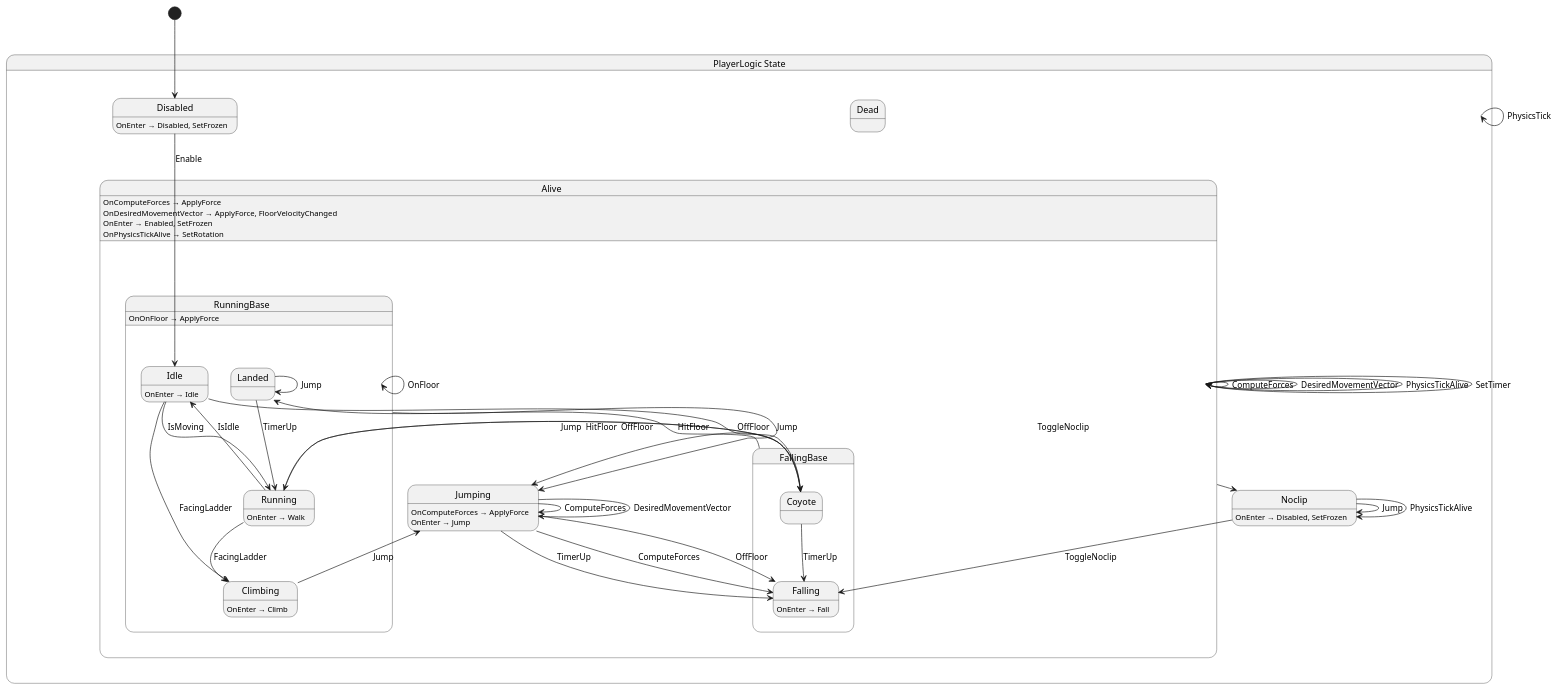
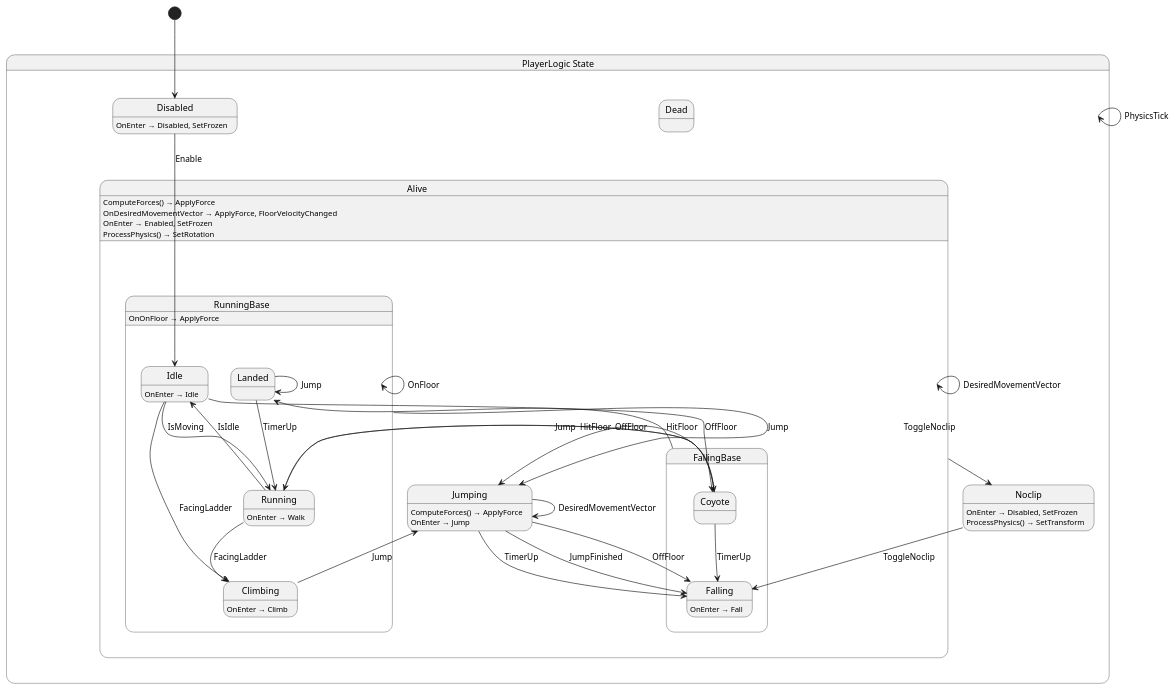
The diagram in Src/Play/Player/Humanoid/State/PlayerLogic.g.puml (Natelytle/Jomolith), drawn with PlantUML before and after one commit. The commit also changed 13 other files, not shown here.

```diff
--- a/Src/Play/Player/Humanoid/State/PlayerLogic.g.puml
+++ b/Src/Play/Player/Humanoid/State/PlayerLogic.g.puml
@@ -1,67 +1,62 @@
 @startuml PlayerLogic
 state "PlayerLogic State" as Jomolith_Play_Player_Humanoid_State_PlayerLogic_PlayerState {
   state "Alive" as Jomolith_Play_Player_Humanoid_State_PlayerLogic_PlayerState_Alive {
     state "FallingBase" as Jomolith_Play_Player_Humanoid_State_PlayerLogic_PlayerState_FallingBase {
       state "Coyote" as Jomolith_Play_Player_Humanoid_State_PlayerLogic_PlayerState_Coyote
       state "Falling" as Jomolith_Play_Player_Humanoid_State_PlayerLogic_PlayerState_Falling
     }
     state "Jumping" as Jomolith_Play_Player_Humanoid_State_PlayerLogic_PlayerState_Jumping
     state "RunningBase" as Jomolith_Play_Player_Humanoid_State_PlayerLogic_PlayerState_RunningBase {
       state "Climbing" as Jomolith_Play_Player_Humanoid_State_PlayerLogic_PlayerState_Climbing
       state "Idle" as Jomolith_Play_Player_Humanoid_State_PlayerLogic_PlayerState_Idle
       state "Landed" as Jomolith_Play_Player_Humanoid_State_PlayerLogic_PlayerState_Landed
       state "Running" as Jomolith_Play_Player_Humanoid_State_PlayerLogic_PlayerState_Running
     }
   }
   state "Dead" as Jomolith_Play_Player_Humanoid_State_PlayerLogic_PlayerState_Dead
   state "Disabled" as Jomolith_Play_Player_Humanoid_State_PlayerLogic_PlayerState_Disabled
   state "Noclip" as Jomolith_Play_Player_Humanoid_State_PlayerLogic_PlayerState_Noclip
 }
 
 Jomolith_Play_Player_Humanoid_State_PlayerLogic_PlayerState --> Jomolith_Play_Player_Humanoid_State_PlayerLogic_PlayerState : PhysicsTick
-Jomolith_Play_Player_Humanoid_State_PlayerLogic_PlayerState_Alive --> Jomolith_Play_Player_Humanoid_State_PlayerLogic_PlayerState_Alive : ComputeForces
 Jomolith_Play_Player_Humanoid_State_PlayerLogic_PlayerState_Alive --> Jomolith_Play_Player_Humanoid_State_PlayerLogic_PlayerState_Alive : DesiredMovementVector
-Jomolith_Play_Player_Humanoid_State_PlayerLogic_PlayerState_Alive --> Jomolith_Play_Player_Humanoid_State_PlayerLogic_PlayerState_Alive : PhysicsTickAlive
-Jomolith_Play_Player_Humanoid_State_PlayerLogic_PlayerState_Alive --> Jomolith_Play_Player_Humanoid_State_PlayerLogic_PlayerState_Alive : SetTimer
 Jomolith_Play_Player_Humanoid_State_PlayerLogic_PlayerState_Alive --> Jomolith_Play_Player_Humanoid_State_PlayerLogic_PlayerState_Noclip : ToggleNoclip
 Jomolith_Play_Player_Humanoid_State_PlayerLogic_PlayerState_Climbing --> Jomolith_Play_Player_Humanoid_State_PlayerLogic_PlayerState_Jumping : Jump
 Jomolith_Play_Player_Humanoid_State_PlayerLogic_PlayerState_Coyote --> Jomolith_Play_Player_Humanoid_State_PlayerLogic_PlayerState_Falling : TimerUp
 Jomolith_Play_Player_Humanoid_State_PlayerLogic_PlayerState_Coyote --> Jomolith_Play_Player_Humanoid_State_PlayerLogic_PlayerState_Jumping : Jump
 Jomolith_Play_Player_Humanoid_State_PlayerLogic_PlayerState_Coyote --> Jomolith_Play_Player_Humanoid_State_PlayerLogic_PlayerState_Running : HitFloor
 Jomolith_Play_Player_Humanoid_State_PlayerLogic_PlayerState_Disabled --> Jomolith_Play_Player_Humanoid_State_PlayerLogic_PlayerState_Idle : Enable
 Jomolith_Play_Player_Humanoid_State_PlayerLogic_PlayerState_FallingBase --> Jomolith_Play_Player_Humanoid_State_PlayerLogic_PlayerState_Landed : HitFloor
 Jomolith_Play_Player_Humanoid_State_PlayerLogic_PlayerState_Idle --> Jomolith_Play_Player_Humanoid_State_PlayerLogic_PlayerState_Climbing : FacingLadder
 Jomolith_Play_Player_Humanoid_State_PlayerLogic_PlayerState_Idle --> Jomolith_Play_Player_Humanoid_State_PlayerLogic_PlayerState_Coyote : OffFloor
 Jomolith_Play_Player_Humanoid_State_PlayerLogic_PlayerState_Idle --> Jomolith_Play_Player_Humanoid_State_PlayerLogic_PlayerState_Running : IsMoving
-Jomolith_Play_Player_Humanoid_State_PlayerLogic_PlayerState_Jumping --> Jomolith_Play_Player_Humanoid_State_PlayerLogic_PlayerState_Falling : ComputeForces
+Jomolith_Play_Player_Humanoid_State_PlayerLogic_PlayerState_Jumping --> Jomolith_Play_Player_Humanoid_State_PlayerLogic_PlayerState_Falling : JumpFinished
 Jomolith_Play_Player_Humanoid_State_PlayerLogic_PlayerState_Jumping --> Jomolith_Play_Player_Humanoid_State_PlayerLogic_PlayerState_Falling : OffFloor
 Jomolith_Play_Player_Humanoid_State_PlayerLogic_PlayerState_Jumping --> Jomolith_Play_Player_Humanoid_State_PlayerLogic_PlayerState_Falling : TimerUp
-Jomolith_Play_Player_Humanoid_State_PlayerLogic_PlayerState_Jumping --> Jomolith_Play_Player_Humanoid_State_PlayerLogic_PlayerState_Jumping : ComputeForces
 Jomolith_Play_Player_Humanoid_State_PlayerLogic_PlayerState_Jumping --> Jomolith_Play_Player_Humanoid_State_PlayerLogic_PlayerState_Jumping : DesiredMovementVector
 Jomolith_Play_Player_Humanoid_State_PlayerLogic_PlayerState_Landed --> Jomolith_Play_Player_Humanoid_State_PlayerLogic_PlayerState_Landed : Jump
 Jomolith_Play_Player_Humanoid_State_PlayerLogic_PlayerState_Landed --> Jomolith_Play_Player_Humanoid_State_PlayerLogic_PlayerState_Running : TimerUp
 Jomolith_Play_Player_Humanoid_State_PlayerLogic_PlayerState_Noclip --> Jomolith_Play_Player_Humanoid_State_PlayerLogic_PlayerState_Falling : ToggleNoclip
-Jomolith_Play_Player_Humanoid_State_PlayerLogic_PlayerState_Noclip --> Jomolith_Play_Player_Humanoid_State_PlayerLogic_PlayerState_Noclip : Jump
-Jomolith_Play_Player_Humanoid_State_PlayerLogic_PlayerState_Noclip --> Jomolith_Play_Player_Humanoid_State_PlayerLogic_PlayerState_Noclip : PhysicsTickAlive
 Jomolith_Play_Player_Humanoid_State_PlayerLogic_PlayerState_Running --> Jomolith_Play_Player_Humanoid_State_PlayerLogic_PlayerState_Climbing : FacingLadder
 Jomolith_Play_Player_Humanoid_State_PlayerLogic_PlayerState_Running --> Jomolith_Play_Player_Humanoid_State_PlayerLogic_PlayerState_Coyote : OffFloor
 Jomolith_Play_Player_Humanoid_State_PlayerLogic_PlayerState_Running --> Jomolith_Play_Player_Humanoid_State_PlayerLogic_PlayerState_Idle : IsIdle
 Jomolith_Play_Player_Humanoid_State_PlayerLogic_PlayerState_RunningBase --> Jomolith_Play_Player_Humanoid_State_PlayerLogic_PlayerState_Jumping : Jump
 Jomolith_Play_Player_Humanoid_State_PlayerLogic_PlayerState_RunningBase --> Jomolith_Play_Player_Humanoid_State_PlayerLogic_PlayerState_RunningBase : OnFloor
 
-Jomolith_Play_Player_Humanoid_State_PlayerLogic_PlayerState_Alive : OnComputeForces → ApplyForce
+Jomolith_Play_Player_Humanoid_State_PlayerLogic_PlayerState_Alive : ComputeForces() → ApplyForce
 Jomolith_Play_Player_Humanoid_State_PlayerLogic_PlayerState_Alive : OnDesiredMovementVector → ApplyForce, FloorVelocityChanged
 Jomolith_Play_Player_Humanoid_State_PlayerLogic_PlayerState_Alive : OnEnter → Enabled, SetFrozen
-Jomolith_Play_Player_Humanoid_State_PlayerLogic_PlayerState_Alive : OnPhysicsTickAlive → SetRotation
+Jomolith_Play_Player_Humanoid_State_PlayerLogic_PlayerState_Alive : ProcessPhysics() → SetRotation
 Jomolith_Play_Player_Humanoid_State_PlayerLogic_PlayerState_Climbing : OnEnter → Climb
 Jomolith_Play_Player_Humanoid_State_PlayerLogic_PlayerState_Disabled : OnEnter → Disabled, SetFrozen
 Jomolith_Play_Player_Humanoid_State_PlayerLogic_PlayerState_Falling : OnEnter → Fall
 Jomolith_Play_Player_Humanoid_State_PlayerLogic_PlayerState_Idle : OnEnter → Idle
-Jomolith_Play_Player_Humanoid_State_PlayerLogic_PlayerState_Jumping : OnComputeForces → ApplyForce
+Jomolith_Play_Player_Humanoid_State_PlayerLogic_PlayerState_Jumping : ComputeForces() → ApplyForce
 Jomolith_Play_Player_Humanoid_State_PlayerLogic_PlayerState_Jumping : OnEnter → Jump
 Jomolith_Play_Player_Humanoid_State_PlayerLogic_PlayerState_Noclip : OnEnter → Disabled, SetFrozen
+Jomolith_Play_Player_Humanoid_State_PlayerLogic_PlayerState_Noclip : ProcessPhysics() → SetTransform
 Jomolith_Play_Player_Humanoid_State_PlayerLogic_PlayerState_Running : OnEnter → Walk
 Jomolith_Play_Player_Humanoid_State_PlayerLogic_PlayerState_RunningBase : OnOnFloor → ApplyForce
 
 [*] --> Jomolith_Play_Player_Humanoid_State_PlayerLogic_PlayerState_Disabled
 @enduml
```
